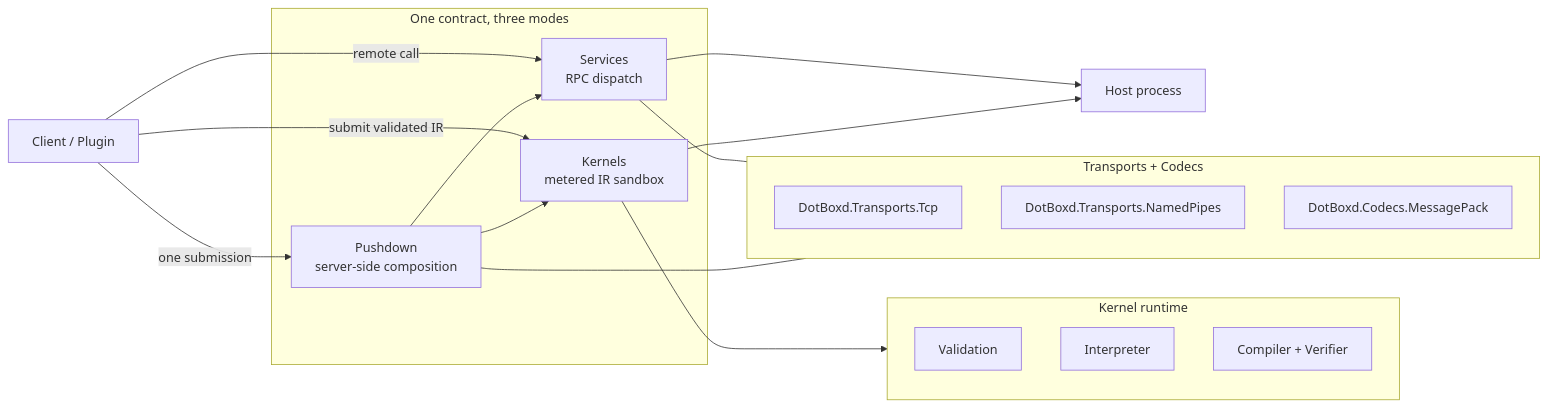
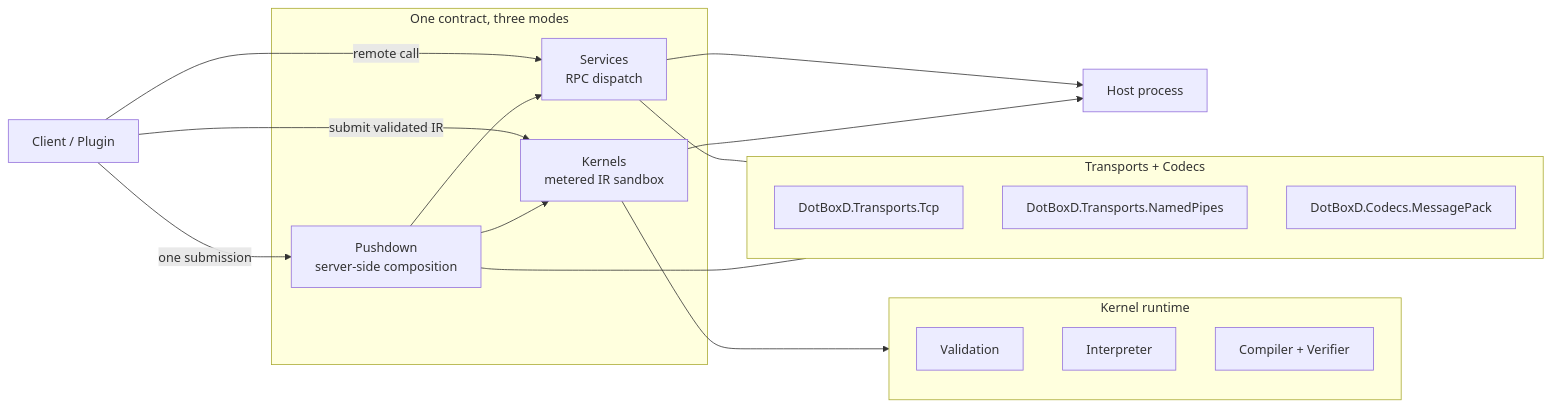
The diagram in README.md (JKamsker/DotBoxD), drawn with Mermaid before and after one commit. The commit also changed other lines of this file and 2597 other files, not shown here.

First line of the commit message:
refactor: rename brand DotBoxd -> DotBoxD (capital trailing D)

````diff
--- a/README.md
+++ b/README.md
@@ -164,37 +164,37 @@
 ```mermaid
 flowchart LR
     Client["Client / Plugin"]
     Host["Host process"]
 
     subgraph Modes["One contract, three modes"]
         Services["Services<br/>RPC dispatch"]
         Kernels["Kernels<br/>metered IR sandbox"]
         Pushdown["Pushdown<br/>server-side composition"]
     end
 
     Client -->|"remote call"| Services
     Client -->|"submit validated IR"| Kernels
     Client -->|"one submission"| Pushdown
 
     Services --> Host
     Kernels --> Host
     Pushdown --> Kernels
     Pushdown --> Services
 
     subgraph Channels["Transports + Codecs"]
-        Tcp["DotBoxd.Transports.Tcp"]
-        Pipes["DotBoxd.Transports.NamedPipes"]
-        MsgPack["DotBoxd.Codecs.MessagePack"]
+        Tcp["DotBoxD.Transports.Tcp"]
+        Pipes["DotBoxD.Transports.NamedPipes"]
+        MsgPack["DotBoxD.Codecs.MessagePack"]
     end
 
     Services --- Channels
     Pushdown --- Channels
 
     subgraph Runtime["Kernel runtime"]
         Validation["Validation"]
         Interp["Interpreter"]
         Compiler["Compiler + Verifier"]
     end
 
     Kernels --> Runtime
 ```
````
